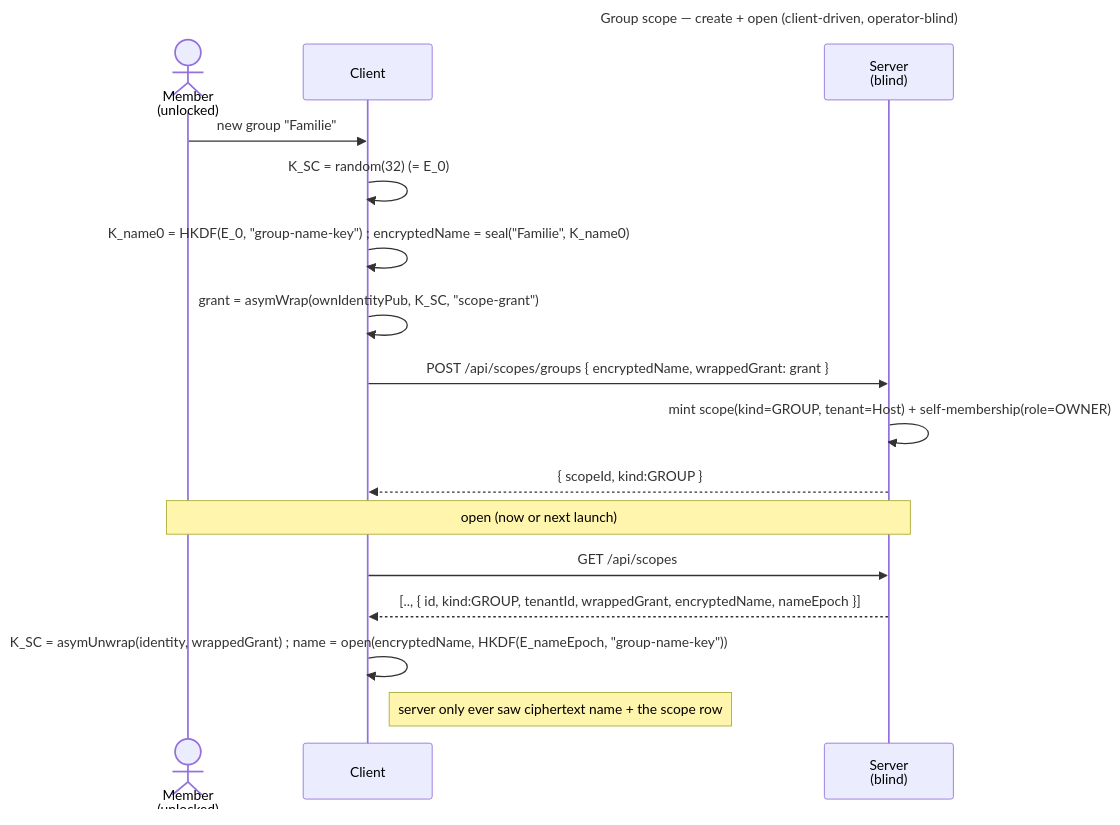
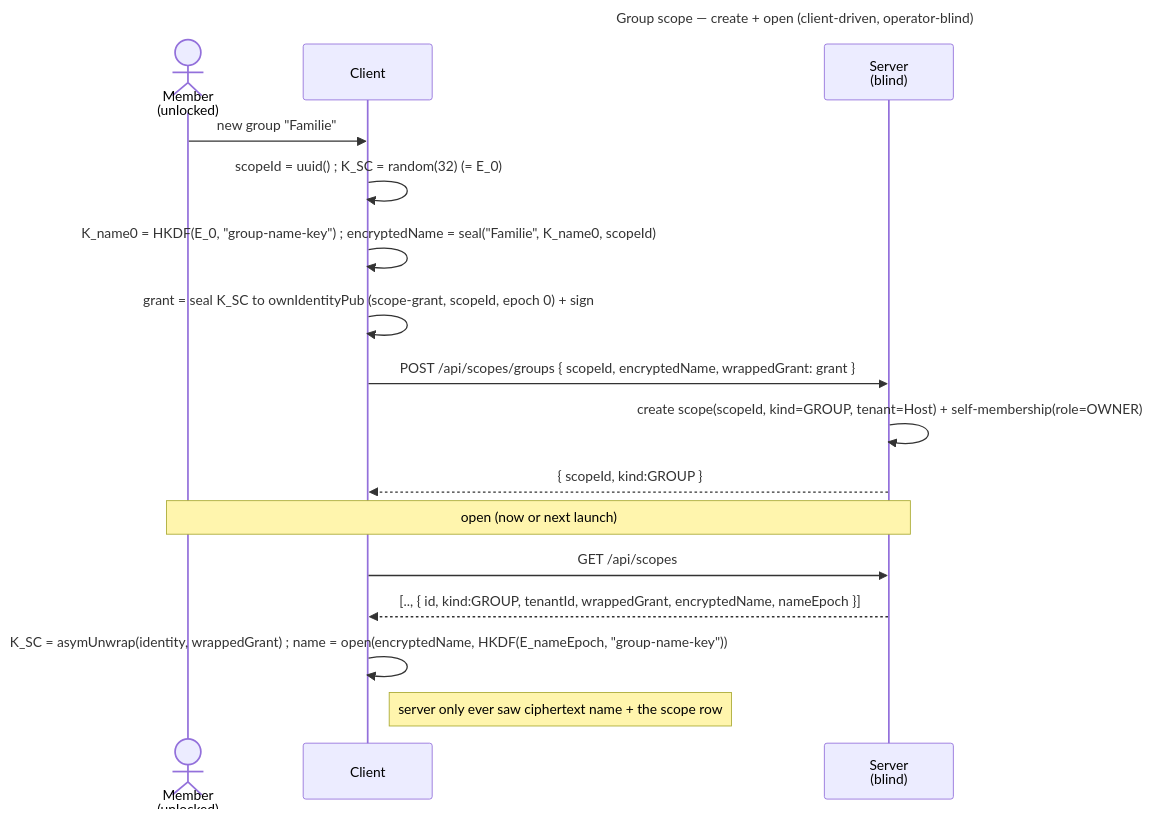
Before and after one commit to raddatzk/veyq: the diagram in docs/features/spaces/enablers/en.spaces.group-scope.md, drawn with Mermaid. The commit also changed other lines of this file and 32 other files, not shown here.

First line of the commit message:
docs: a seal binds its object; admission is a key-holder act; cold credentials prove the Secret Key

````diff
--- a/docs/features/spaces/enablers/en.spaces.group-scope.md
+++ b/docs/features/spaces/enablers/en.spaces.group-scope.md
@@ -67,21 +70,21 @@
 ```mermaid
 ---
 title: Group scope — create + open (client-driven, operator-blind)
 ---
 sequenceDiagram
   actor U as Member<br>(unlocked)
   participant C as Client
   participant S as Server<br>(blind)
   U->>C: new group "Familie"
-  C->>C: K_SC = random(32)  (= E_0)
-  C->>C: K_name0 = HKDF(E_0, "group-name-key") #59; encryptedName = seal("Familie", K_name0)
-  C->>C: grant = asymWrap(ownIdentityPub, K_SC, "scope-grant")
-  C->>S: POST /api/scopes/groups { encryptedName, wrappedGrant: grant }
-  S->>S: mint scope(kind=GROUP, tenant=Host) + self-membership(role=OWNER)
+  C->>C: scopeId = uuid() #59; K_SC = random(32)  (= E_0)
+  C->>C: K_name0 = HKDF(E_0, "group-name-key") #59; encryptedName = seal("Familie", K_name0, scopeId)
+  C->>C: grant = seal K_SC to ownIdentityPub (scope-grant, scopeId, epoch 0) + sign
+  C->>S: POST /api/scopes/groups { scopeId, encryptedName, wrappedGrant: grant }
+  S->>S: create scope(scopeId, kind=GROUP, tenant=Host) + self-membership(role=OWNER)
   S-->>C: { scopeId, kind:GROUP }
   Note over U,S: open (now or next launch)
   C->>S: GET /api/scopes
   S-->>C: [.., { id, kind:GROUP, tenantId, wrappedGrant, encryptedName, nameEpoch }]
   C->>C: K_SC = asymUnwrap(identity, wrappedGrant) #59; name = open(encryptedName, HKDF(E_nameEpoch, "group-name-key"))
   Note right of C: server only ever saw ciphertext name + the scope row
 ```
````
